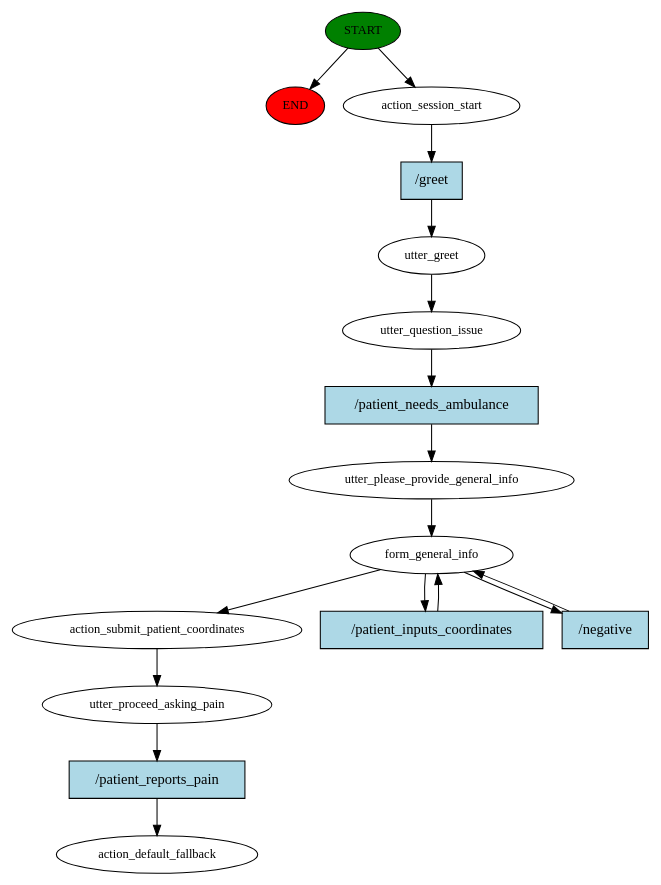
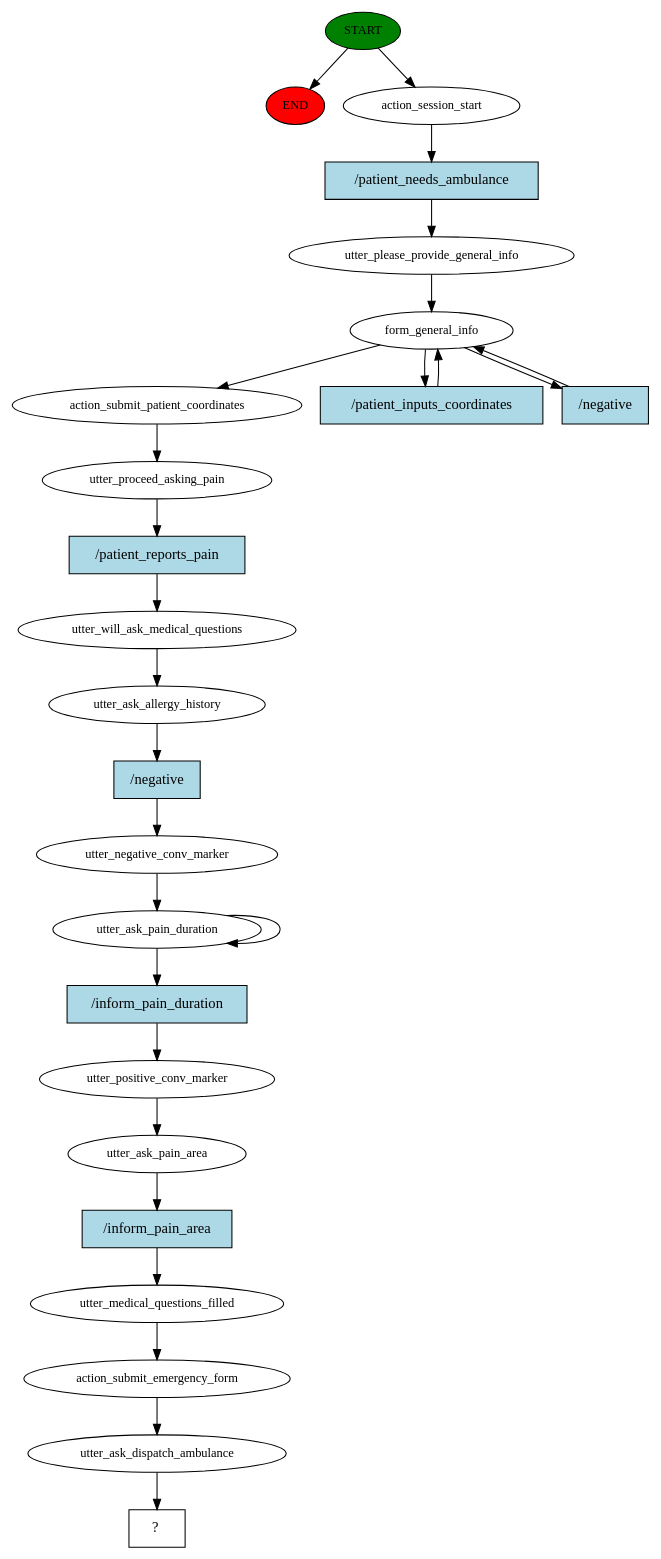
Before and after one commit to halixness/HMD-Dispatcher: the diagram in story_graph.dot, drawn with Graphviz. The commit also changed 5 other files, not shown here.

Commit message:
fixed conversation flow, improved stories, fixed bug in binary slots filling

```diff
--- a/story_graph.dot
+++ b/story_graph.dot
@@ -1,33 +1,52 @@
 digraph  {
 0 [class="start active", fillcolor=green, fontsize=12, label=START, style=filled];
 "-1" [class=end, fillcolor=red, fontsize=12, label=END, style=filled];
 1 [class=active, fontsize=12, label=action_session_start];
-2 [class=active, fontsize=12, label=utter_greet];
-3 [class=active, fontsize=12, label=utter_question_issue];
-4 [class=active, fontsize=12, label=utter_please_provide_general_info];
-5 [class=active, fontsize=12, label=form_general_info];
-9 [class=active, fontsize=12, label=action_submit_patient_coordinates];
-10 [class=active, fontsize=12, label=utter_proceed_asking_pain];
-11 [class="dashed active", fontsize=12, label=action_default_fallback];
-12 [class="intent active", fillcolor=lightblue, label="/greet", shape=rect, style=filled];
-13 [class="intent active", fillcolor=lightblue, label="/patient_needs_ambulance", shape=rect, style=filled];
-14 [class="intent active", fillcolor=lightblue, label="/patient_inputs_coordinates", shape=rect, style=filled];
-15 [class="intent active", fillcolor=lightblue, label="/negative", shape=rect, style=filled];
-16 [class="intent active", fillcolor=lightblue, label="/patient_reports_pain", shape=rect, style=filled];
+2 [class=active, fontsize=12, label=utter_please_provide_general_info];
+3 [class=active, fontsize=12, label=form_general_info];
+7 [class=active, fontsize=12, label=action_submit_patient_coordinates];
+8 [class=active, fontsize=12, label=utter_proceed_asking_pain];
+9 [class=active, fontsize=12, label=utter_will_ask_medical_questions];
+10 [class=active, fontsize=12, label=utter_ask_allergy_history];
+11 [class=active, fontsize=12, label=utter_negative_conv_marker];
+12 [class=active, fontsize=12, label=utter_ask_pain_duration];
+14 [class=active, fontsize=12, label=utter_positive_conv_marker];
+15 [class=active, fontsize=12, label=utter_ask_pain_area];
+16 [class=active, fontsize=12, label=utter_medical_questions_filled];
+17 [class=active, fontsize=12, label=action_submit_emergency_form];
+18 [class=active, fontsize=12, label=utter_ask_dispatch_ambulance];
+19 [class="intent dashed active", label="  ?  ", shape=rect];
+20 [class="intent active", fillcolor=lightblue, label="/patient_needs_ambulance", shape=rect, style=filled];
+21 [class="intent active", fillcolor=lightblue, label="/patient_inputs_coordinates", shape=rect, style=filled];
+22 [class="intent active", fillcolor=lightblue, label="/negative", shape=rect, style=filled];
+23 [class="intent active", fillcolor=lightblue, label="/patient_reports_pain", shape=rect, style=filled];
+24 [class="intent active", fillcolor=lightblue, label="/negative", shape=rect, style=filled];
+25 [class="intent active", fillcolor=lightblue, label="/inform_pain_duration", shape=rect, style=filled];
+26 [class="intent active", fillcolor=lightblue, label="/inform_pain_area", shape=rect, style=filled];
 0 -> "-1"  [class="", key=NONE, label=""];
 0 -> 1  [class=active, key=NONE, label=""];
-1 -> 12  [class=active, key=0];
+1 -> 20  [class=active, key=0];
 2 -> 3  [class=active, key=NONE, label=""];
-3 -> 13  [class=active, key=0];
-4 -> 5  [class=active, key=NONE, label=""];
-5 -> 9  [class=active, key=NONE, label=""];
-5 -> 14  [class=active, key=0];
-5 -> 15  [class=active, key=0];
+3 -> 7  [class=active, key=NONE, label=""];
+3 -> 21  [class=active, key=0];
+3 -> 22  [class=active, key=0];
+7 -> 8  [class=active, key=NONE, label=""];
+8 -> 23  [class=active, key=0];
 9 -> 10  [class=active, key=NONE, label=""];
-10 -> 16  [class=active, key=0];
-12 -> 2  [class=active, key=0];
-13 -> 4  [class=active, key=0];
-14 -> 5  [class=active, key=0];
-15 -> 5  [class=active, key=0];
-16 -> 11  [class=active, key=0];
+10 -> 24  [class=active, key=0];
+11 -> 12  [class=active, key=NONE, label=""];
+12 -> 12  [class=active, key=NONE, label=""];
+12 -> 25  [class=active, key=0];
+14 -> 15  [class=active, key=NONE, label=""];
+15 -> 26  [class=active, key=0];
+16 -> 17  [class=active, key=NONE, label=""];
+17 -> 18  [class=active, key=NONE, label=""];
+18 -> 19  [class=active, key=NONE, label=""];
+20 -> 2  [class=active, key=0];
+21 -> 3  [class=active, key=0];
+22 -> 3  [class=active, key=0];
+23 -> 9  [class=active, key=0];
+24 -> 11  [class=active, key=0];
+25 -> 14  [class=active, key=0];
+26 -> 16  [class=active, key=0];
 }
```
